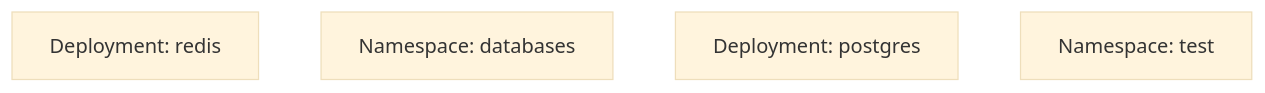
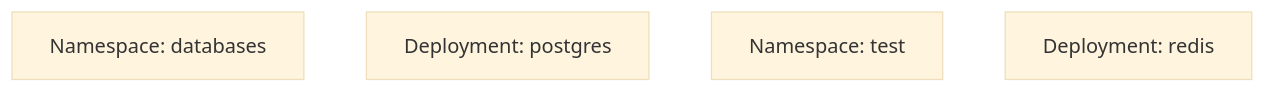
One commit to dannys0n/K8-Local-To-Cloud-Project changed the diagram in docs/k8s-topology.md. Above: the diagram before and after it, drawn with Mermaid (base theme). The commit also changed other lines of this file and 2 other files, not shown here.

````diff
--- a/docs/k8s-topology.md
+++ b/docs/k8s-topology.md
@@ -3,7 +3,7 @@
 ```mermaid
 graph TD
-redis["Deployment: redis"]
 databases["Namespace: databases"]
 postgres["Deployment: postgres"]
 test["Namespace: test"]
+redis["Deployment: redis"]
 ```
````
